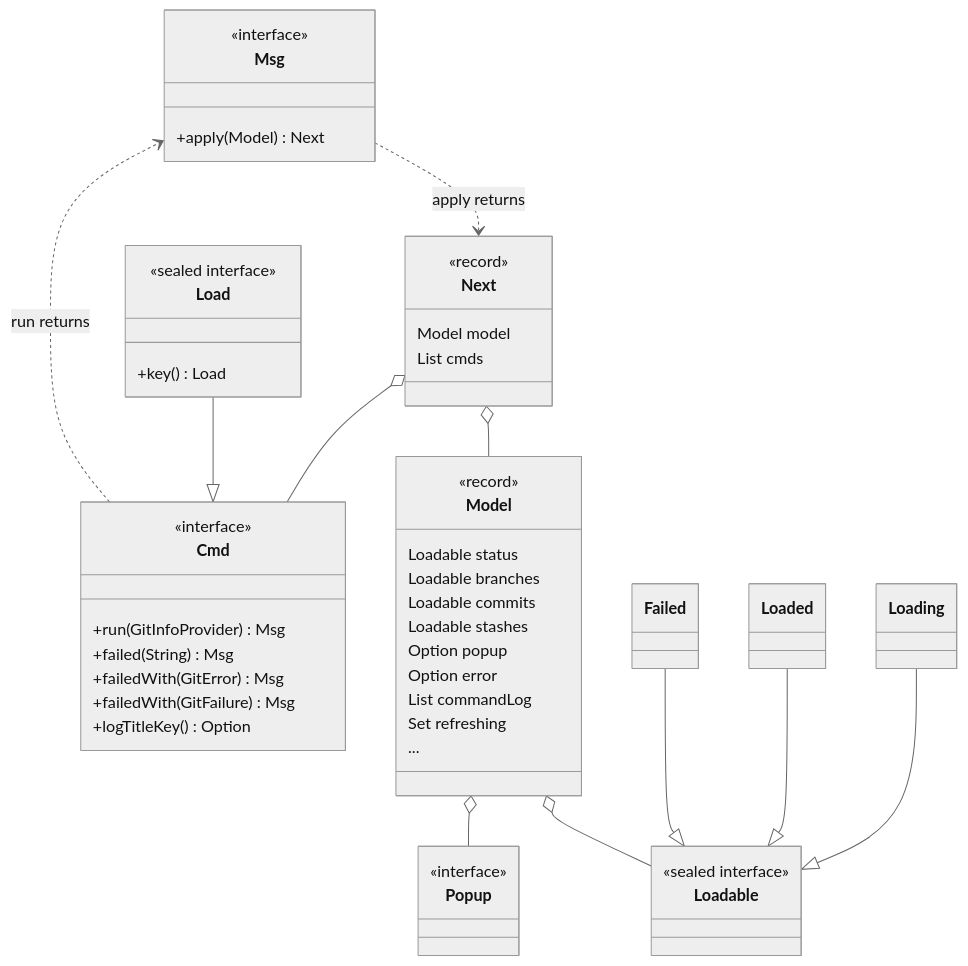
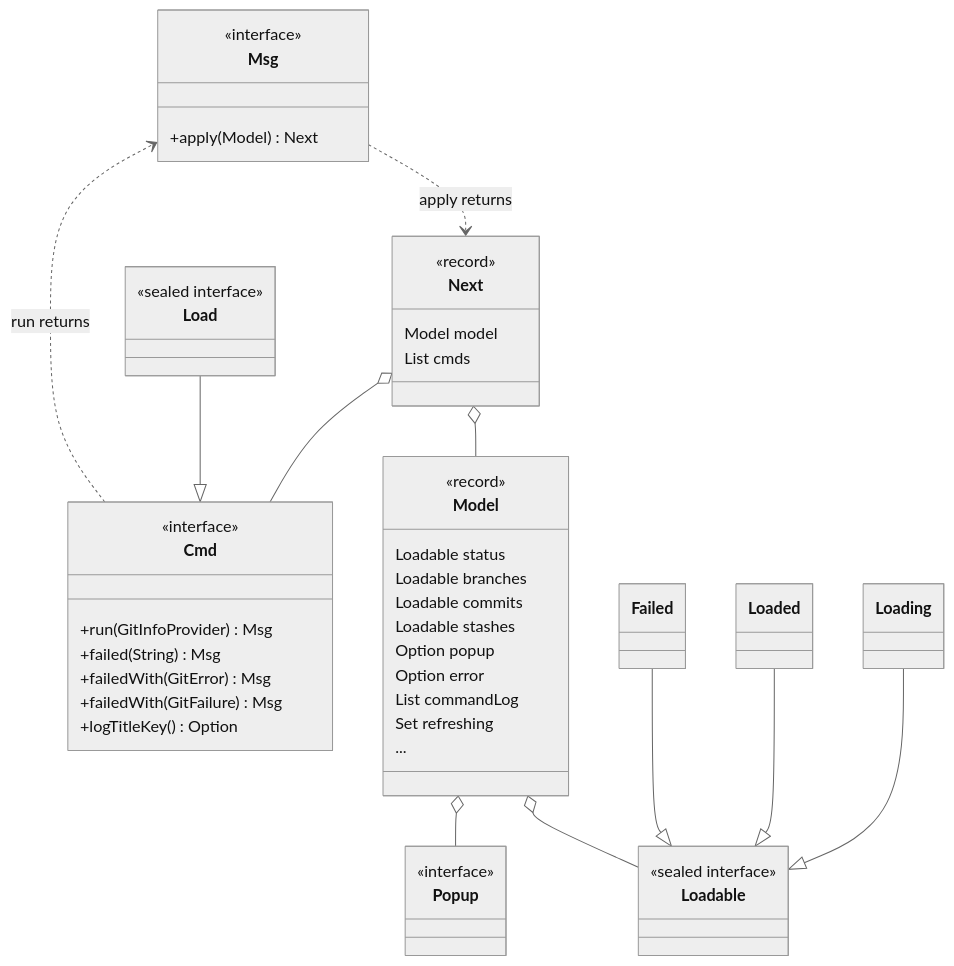
Before and after one commit to cvanfleteren/jazygit: the third of 7 diagrams in ARCHITECTURE.md, drawn with Mermaid (neutral theme). The commit also changed other lines of this file and 31 other files, not shown here.

````diff
--- a/ARCHITECTURE.md
+++ b/ARCHITECTURE.md
@@ -83,52 +83,51 @@
 ```mermaid
 classDiagram
     class Msg {
         <<interface>>
         +apply(Model) Next
     }
     class Next {
         <<record>>
         Model model
         List cmds
     }
     class Cmd {
         <<interface>>
         +run(GitInfoProvider) Msg
         +failed(String) Msg
         +failedWith(GitError) Msg
         +failedWith(GitFailure) Msg
         +logTitleKey() Option
     }
     class Load {
         <<sealed interface>>
-        +key() Load
     }
     class Model {
         <<record>>
         Loadable status
         Loadable branches
         Loadable commits
         Loadable stashes
         Option popup
         Option error
         List commandLog
         Set refreshing
         ...
     }
     class Loadable {
         <<sealed interface>>
     }
     Loading --|> Loadable
     Loaded --|> Loadable
     Failed --|> Loadable
     class Popup {
         <<interface>>
     }
     Msg ..> Next : apply returns
     Next o-- Model
     Next o-- Cmd
     Load --|> Cmd
     Model o-- Loadable
     Model o-- Popup
     Cmd ..> Msg : run returns
 ```
````
